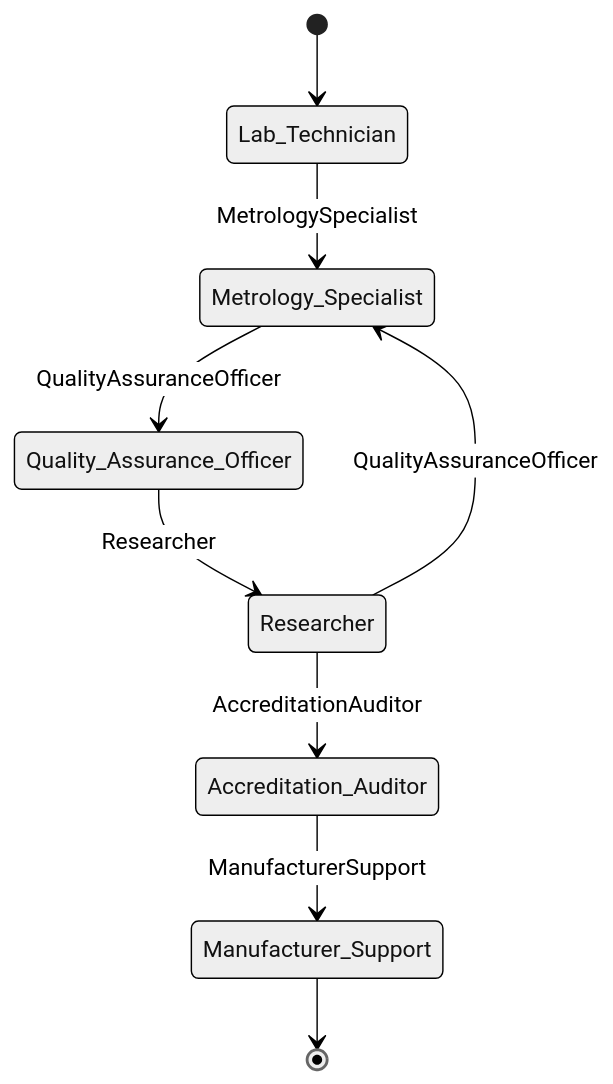
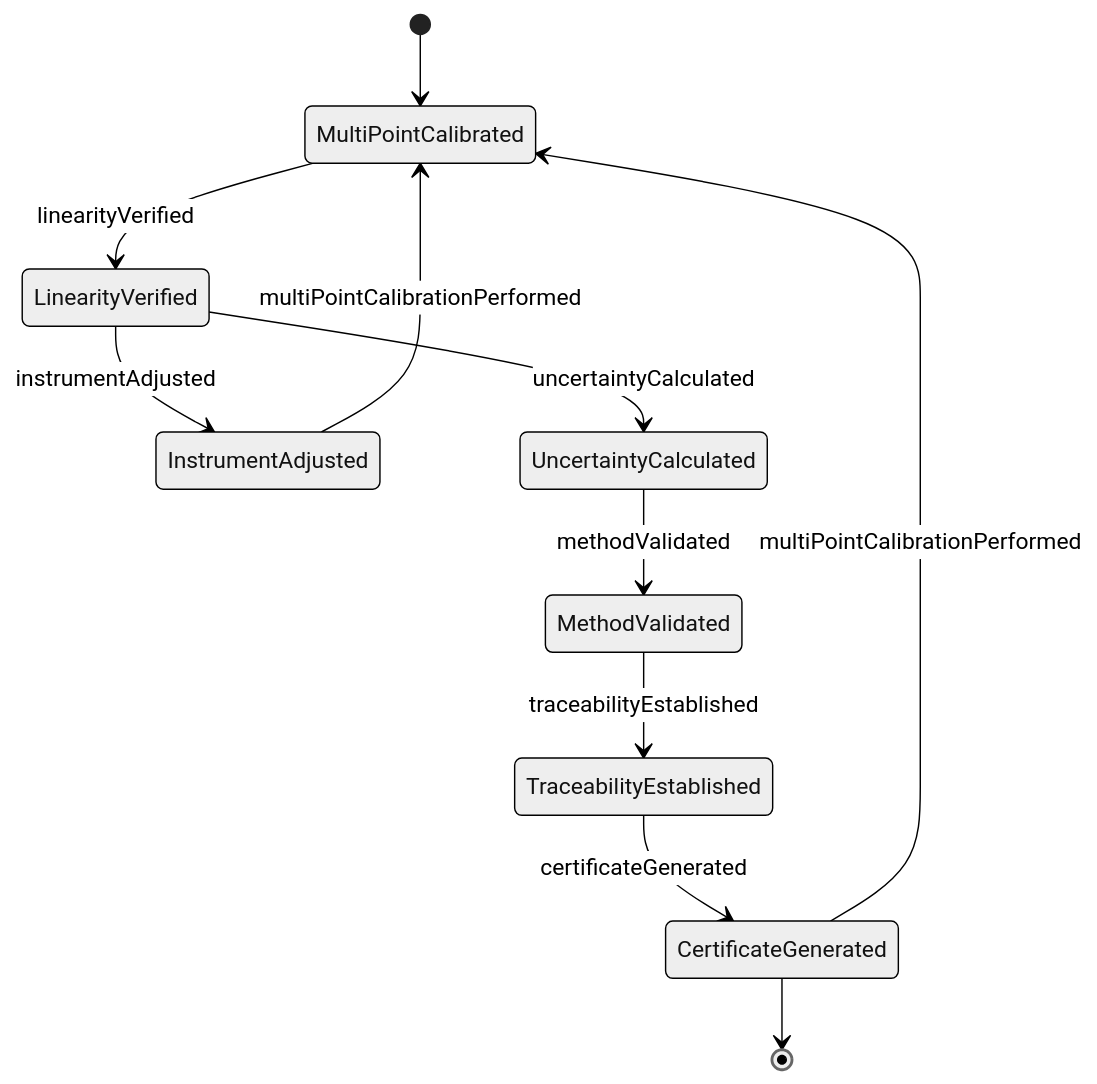
The second of 4 diagrams in HandlingAndMovingObjects/AdjustEquipmentToEnsureAdequatePerformance/CalibrateScientificTechnicalEquipment.mdx (dot-org-ai/tasks.org.ai), drawn with Mermaid (neutral theme) before and after one commit. The commit also changed other lines of this file and 40 other files, not shown here.

First line of the commit message:
fix: Replace Actor-based ER and State diagrams with Entity/Event-based diagrams in 41 HandlingAndMovingObjects DWA files

````diff
--- a/HandlingAndMovingObjects/AdjustEquipmentToEnsureAdequatePerformance/CalibrateScientificTechnicalEquipment.mdx
+++ b/HandlingAndMovingObjects/AdjustEquipmentToEnsureAdequatePerformance/CalibrateScientificTechnicalEquipment.mdx
@@ -102,11 +100,13 @@
 ```mermaid
 stateDiagram-v2
-    [*] --> Lab_Technician
-    Lab_Technician --> Metrology_Specialist: MetrologySpecialist
-    Metrology_Specialist --> Quality_Assurance_Officer: QualityAssuranceOfficer
-    Quality_Assurance_Officer --> Researcher: Researcher
-    Researcher --> Accreditation_Auditor: AccreditationAuditor
-    Accreditation_Auditor --> Manufacturer_Support: ManufacturerSupport
-    Researcher --> Metrology_Specialist: QualityAssuranceOfficer
-    Manufacturer_Support --> [*]
+    [*] --> MultiPointCalibrated
+    MultiPointCalibrated --> LinearityVerified : linearityVerified
+    LinearityVerified --> InstrumentAdjusted : instrumentAdjusted
+    InstrumentAdjusted --> MultiPointCalibrated : multiPointCalibrationPerformed
+    LinearityVerified --> UncertaintyCalculated : uncertaintyCalculated
+    UncertaintyCalculated --> MethodValidated : methodValidated
+    MethodValidated --> TraceabilityEstablished : traceabilityEstablished
+    TraceabilityEstablished --> CertificateGenerated : certificateGenerated
+    CertificateGenerated --> MultiPointCalibrated : multiPointCalibrationPerformed
+    CertificateGenerated --> [*]
 ```
````
